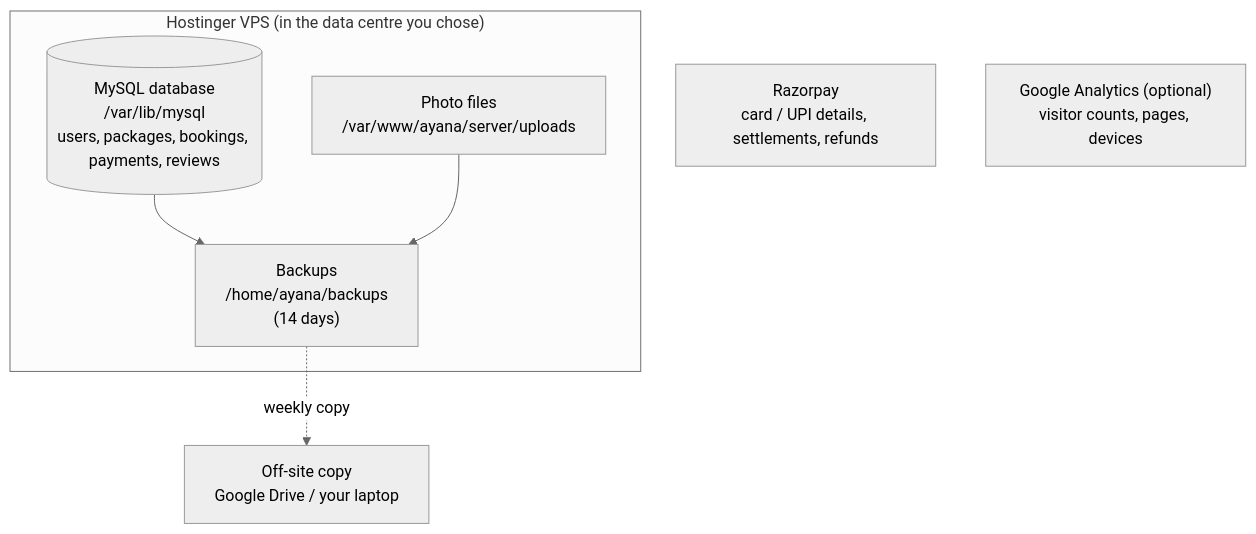
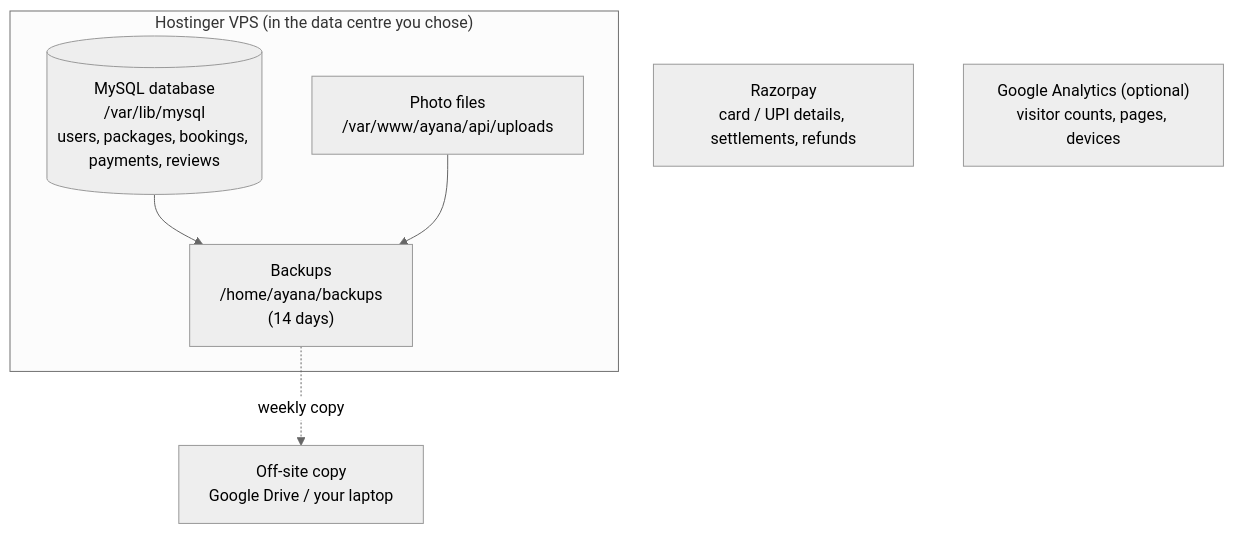
The diagram in docs/08-admin-data-analytics.md (saurav1231/saurav1231), drawn with Mermaid (neutral theme) before and after one commit. The commit also changed other lines of this file and 17 other files, not shown here.

First line of the commit message:
Update all guides for the Python API and add the Ayana Insights guide

````diff
--- a/docs/08-admin-data-analytics.md
+++ b/docs/08-admin-data-analytics.md
@@ -5,14 +5,14 @@
 ```mermaid
 flowchart TB
   subgraph VPS["Hostinger VPS (in the data centre you chose)"]
     DB[("MySQL database<br/>/var/lib/mysql<br/>users, packages, bookings, payments, reviews")]
-    UP["Photo files<br/>/var/www/ayana/server/uploads"]
+    UP["Photo files<br/>/var/www/ayana/api/uploads"]
     BK["Backups<br/>/home/ayana/backups<br/>(14 days)"]
   end
   RZ["Razorpay<br/>card / UPI details, settlements, refunds"]
   GA["Google Analytics (optional)<br/>visitor counts, pages, devices"]
   OFF["Off-site copy<br/>Google Drive / your laptop"]
   DB --> BK
   UP --> BK
   BK -. "weekly copy" .-> OFF
 ```
````
